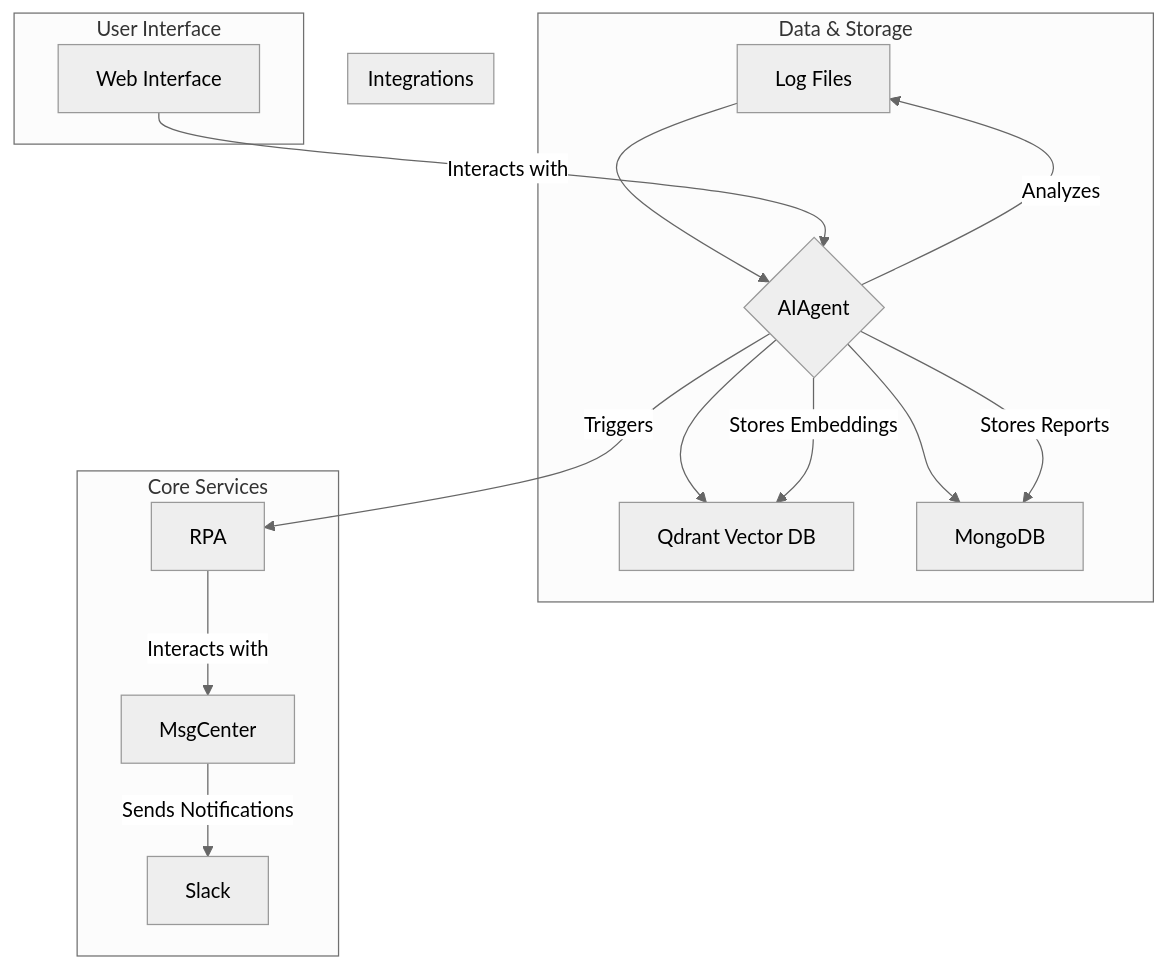
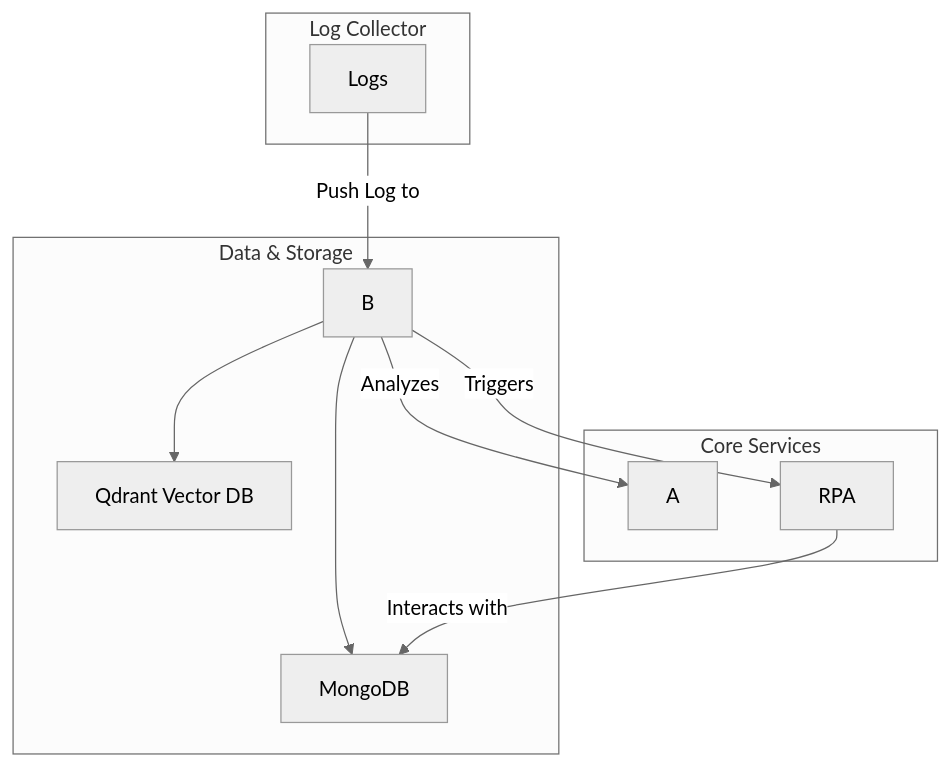
One commit to SkylerCherng00/GAE252_AI_SIEM changed the diagram in README.md. Above: the diagram before and after it, drawn with Mermaid (neutral theme).

````diff
--- a/README.md
+++ b/README.md
@@ -34,25 +34,17 @@
 ```mermaid
 graph TD
     subgraph "Data & Storage"
-        A[Log Files] --> B{AIAgent};
         B --> C[Qdrant Vector DB];
         B --> D[MongoDB];
     end
 
     subgraph "Core Services"
         B -- Analyzes --> A;
-        B -- Stores Embeddings --> C;
-        B -- Stores Reports --> D;
-        E[MsgCenter] -- Sends Notifications --> F[Slack];
         B -- Triggers --> G[RPA];
-        G -- Interacts with --> E;
+        G -- Interacts with -->D;
     end
 
-    subgraph "Integrations"
-        F;
-    end
-
-    subgraph "User Interface"
-        H[Web Interface] -- Interacts with --> B;
+    subgraph "Log Collector"
+        H[Logs] -- Push Log to --> B;
     end
 ```
````
